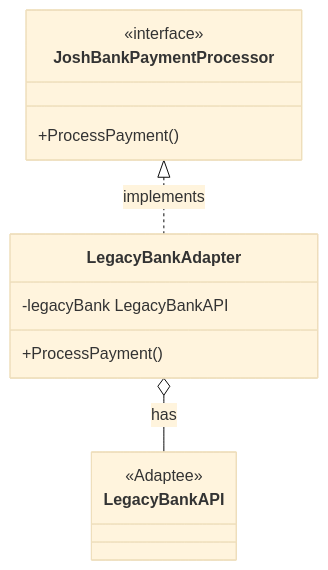
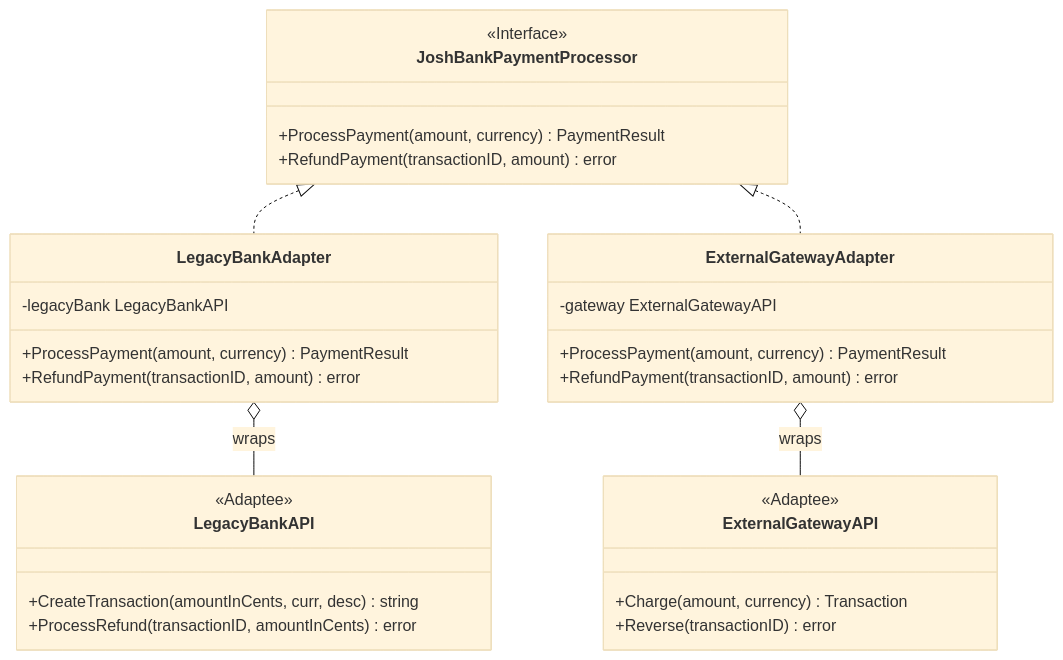
One commit to JoshuaPangaribuan/design-pattern-go changed the first of 2 diagrams in structural/adapter/README.md. Above: the diagram before and after it, drawn with Mermaid (base theme). The commit also changed other lines of this file and 23 other files, not shown here.

Commit message:
feat: add more diagrams

````diff
--- a/structural/adapter/README.md
+++ b/structural/adapter/README.md
@@ -24,17 +26,33 @@
 ```mermaid
 classDiagram
     class JoshBankPaymentProcessor {
-        <<interface>>
-        +ProcessPayment()
+        <<Interface>>
+        +ProcessPayment(amount, currency) PaymentResult
+        +RefundPayment(transactionID, amount) error
     }
     class LegacyBankAdapter {
         -legacyBank LegacyBankAPI
-        +ProcessPayment()
+        +ProcessPayment(amount, currency) PaymentResult
+        +RefundPayment(transactionID, amount) error
+    }
+    class ExternalGatewayAdapter {
+        -gateway ExternalGatewayAPI
+        +ProcessPayment(amount, currency) PaymentResult
+        +RefundPayment(transactionID, amount) error
     }
     class LegacyBankAPI {
         <<Adaptee>>
+        +CreateTransaction(amountInCents, curr, desc) string
+        +ProcessRefund(transactionID, amountInCents) error
+    }
+    class ExternalGatewayAPI {
+        <<Adaptee>>
+        +Charge(amount, currency) Transaction
+        +Reverse(transactionID) error
     }
     
-    JoshBankPaymentProcessor <|.. LegacyBankAdapter : implements
-    LegacyBankAdapter o-- LegacyBankAPI : has
+    JoshBankPaymentProcessor <|.. LegacyBankAdapter
+    JoshBankPaymentProcessor <|.. ExternalGatewayAdapter
+    LegacyBankAdapter o-- LegacyBankAPI : wraps
+    ExternalGatewayAdapter o-- ExternalGatewayAPI : wraps
 ```
````
